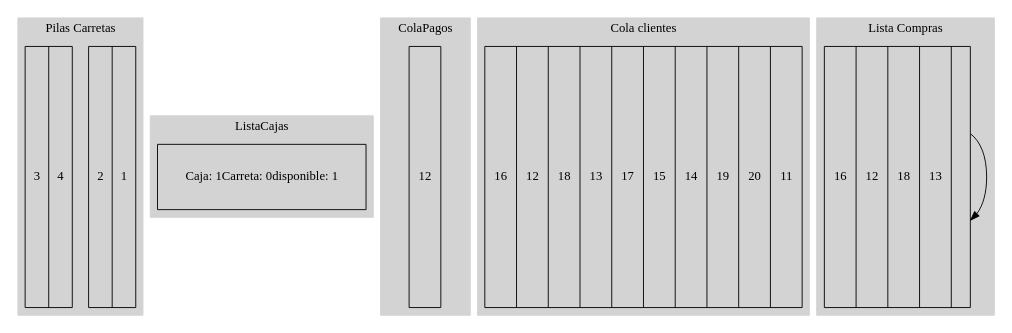
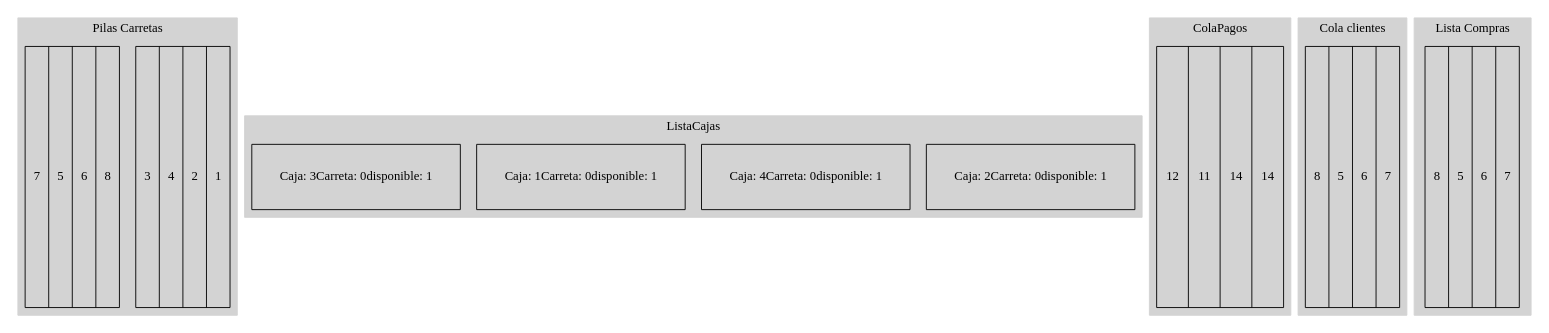
One commit to jpmevi/practicaEDD changed the diagram in PracticaEPP/PracticaEPP/archivo.dot. Above: the diagram before and after it, drawn with Graphviz. The commit also changed 11 other files, not shown here.

Commit message:
commit final graphviz

```diff
--- a/PracticaEPP/PracticaEPP/archivo.dot
+++ b/PracticaEPP/PracticaEPP/archivo.dot
@@ -1,39 +1,38 @@
 digraph G {
  rankdir = TB;
 subgraph cluster_0 {
 node [shape=record, width=.1, height=.1];
 style=filled;
 color=lightgrey;
 label = " Pilas Carretas ";
-nd0 [label = " 2 | 1  " , height = 4]; 
-nd1 [label = " 3 | 4  " , height = 4]; 
+nd0 [label = " 3 | 4 | 2 | 1  " , height = 4]; 
+nd1 [label = " 7 | 5 | 6 | 8  " , height = 4]; 
 }
 subgraph cluster_5 {
 node [shape=record, width=.1, height=1];
 style=filled;
 color=lightgrey;
 label = " ListaCajas ";
-"Caja: 1Carreta: 0disponible: 1"}
+"Caja: 2Carreta: 0disponible: 1""Caja: 4Carreta: 0disponible: 1""Caja: 1Carreta: 0disponible: 1""Caja: 3Carreta: 0disponible: 1"}
 subgraph cluster_3 {
 node [shape=record, width=.1, height=.1];
 style=filled;
 color=lightgrey;
 label = " ColaPagos ";
-nd4 [label = "12" , height = 4]; 
+nd4 [label = "12 | 11 | 14 | 14" , height = 4]; 
 }
 subgraph cluster_1 {
 node [shape=record, width=.1, height=.1];
 style=filled;
 color=lightgrey;
 label = " Cola clientes ";
-nd2 [label = " 16 | 12 | 18 | 13 | 17 | 15 | 14 | 19 | 20 | 11  " , height = 4]; 
+nd2 [label = " 8 | 5 | 6 | 7  " , height = 4]; 
 }
 subgraph cluster_2 {
 node [shape=record, width=.1, height=.1];
 style=filled;
 color=lightgrey;
 label = " Lista Compras ";
-nd3 [label = "16 | 12 | 18 | 13 | " , height = 4]; 
-nd3:16->nd3 ; 
+nd3 [label = "8 | 5 | 6 | 7" , height = 4]; 
 }
 }
```
